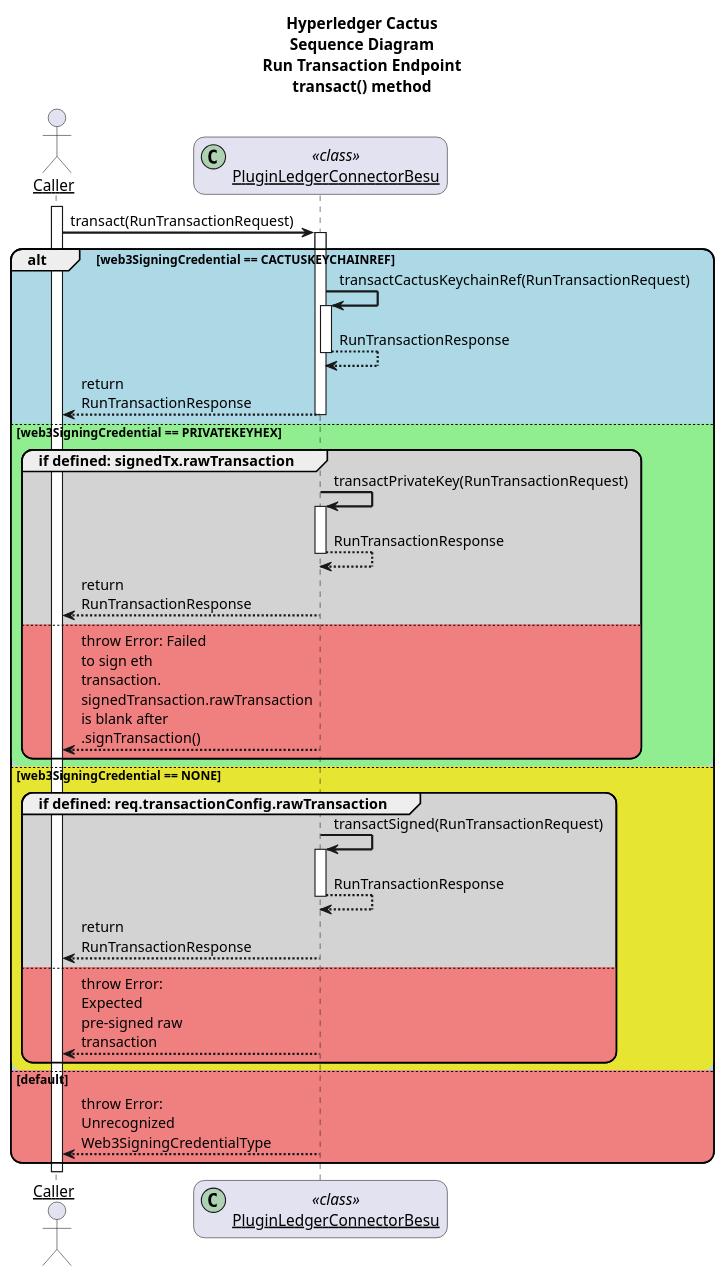
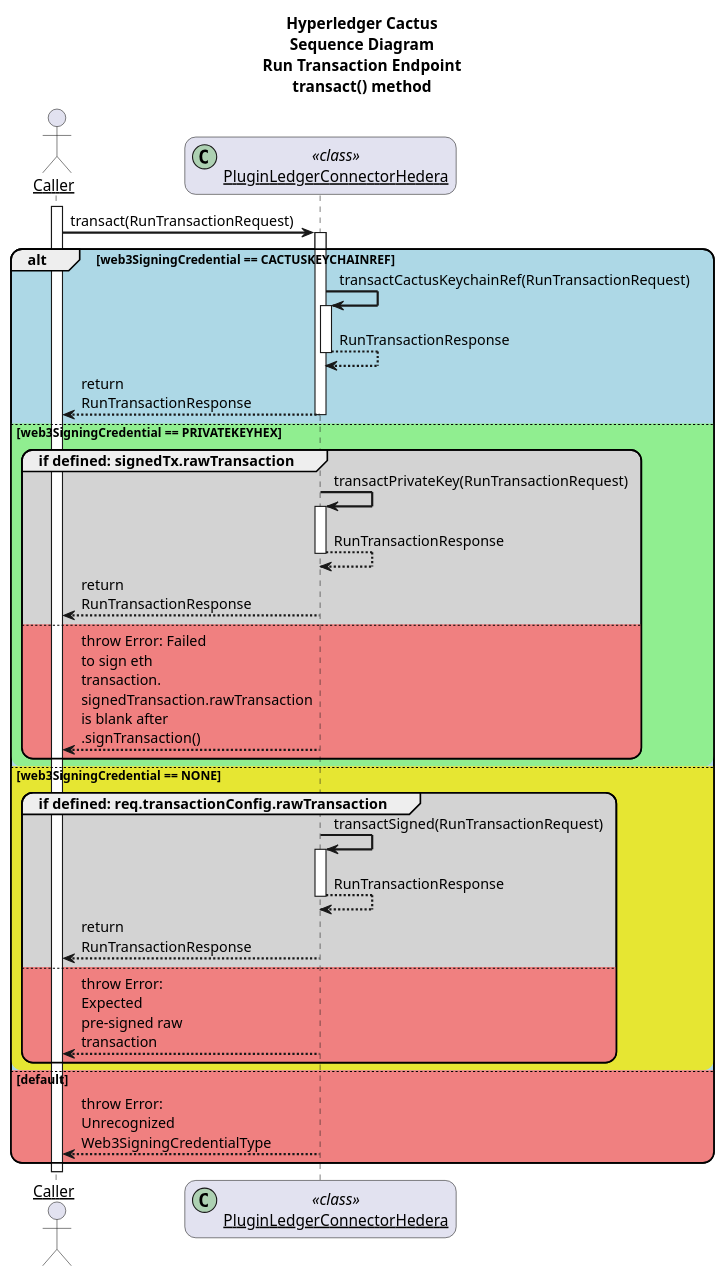
One commit to janvinsha/cactus changed the diagram in packages/cactus-plugin-ledger-connector-hedera/docs/architecture/run-transaction-endpoint-transact.puml. Above: the diagram before and after it, drawn with PlantUML. The commit also changed 38 other files, not shown here.

Commit message:
fix: clear besu files in cactus-plugin-ledger-connector-hedera

```diff
--- a/packages/cactus-plugin-ledger-connector-hedera/docs/architecture/run-transaction-endpoint-transact.puml
+++ b/packages/cactus-plugin-ledger-connector-hedera/docs/architecture/run-transaction-endpoint-transact.puml
@@ -1,40 +1,39 @@
 @startuml
 title Hyperledger Cactus\nSequence Diagram\nRun Transaction Endpoint\ntransact() method
 
 skinparam sequenceArrowThickness 2
 skinparam roundcorner 20
 skinparam maxmessagesize 120
 skinparam sequenceParticipant underline
 
 actor "Caller" as caller
-participant "PluginLedgerConnectorBesu" as t << (C,#ADD1B2) class >>
+participant "PluginLedgerConnectorHedera" as t << (C,#ADD1B2) class >>
 
 autoactivate on
-
 activate caller
 caller -> t: transact(RunTransactionRequest)
 
 alt #LightBlue web3SigningCredential == CACTUSKEYCHAINREF
     t -> t: transactCactusKeychainRef(RunTransactionRequest)
     return RunTransactionResponse
     t --> caller: return RunTransactionResponse
 else #LightGreen web3SigningCredential == PRIVATEKEYHEX
     group #LightGray if defined: signedTx.rawTransaction
         t -> t: transactPrivateKey(RunTransactionRequest)
         return RunTransactionResponse
         t --> caller: return RunTransactionResponse
     else #LightCoral
         t --> caller: throw Error: Failed to sign eth transaction. signedTransaction.rawTransaction is blank after .signTransaction()
     end
 else #e6e632 web3SigningCredential == NONE
     group #LightGray if defined: req.transactionConfig.rawTransaction
       t -> t: transactSigned(RunTransactionRequest)
       return RunTransactionResponse
       t --> caller: return RunTransactionResponse
     else #LightCoral
       t --> caller: throw Error: Expected pre-signed raw transaction
     end
 else #LightCoral default
   t --> caller: throw Error: Unrecognized Web3SigningCredentialType
 end
 @enduml
```
